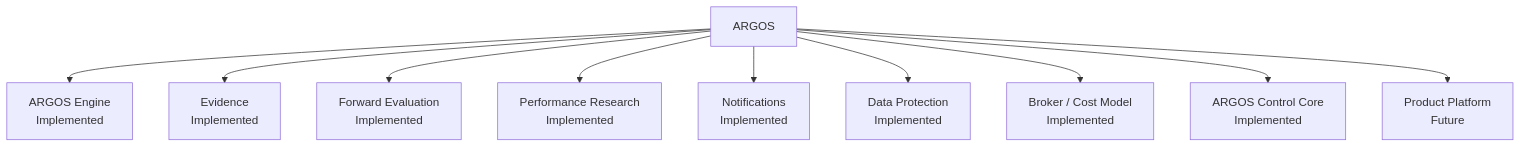
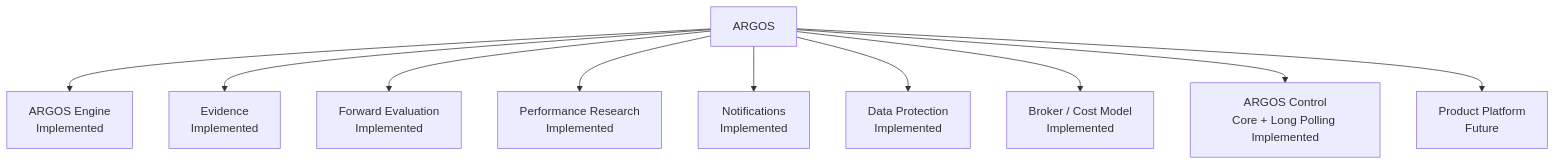
One commit to Alejandro-MOP/argos changed the diagram in README.md. Above: the diagram before and after it, drawn with Mermaid. The commit also changed other lines of this file and 13 other files, not shown here.

````diff
--- a/README.md
+++ b/README.md
@@ -47,12 +47,12 @@
 ```mermaid
 flowchart TD
   A[ARGOS] --> B[ARGOS Engine<br/>Implemented]
   A --> C[Evidence<br/>Implemented]
   A --> D[Forward Evaluation<br/>Implemented]
   A --> E[Performance Research<br/>Implemented]
   A --> F[Notifications<br/>Implemented]
   A --> G[Data Protection<br/>Implemented]
   A --> H[Broker / Cost Model<br/>Implemented]
-  A --> I[ARGOS Control Core<br/>Implemented]
+  A --> I[ARGOS Control<br/>Core + Long Polling Implemented]
   A --> J[Product Platform<br/>Future]
 ```
````
